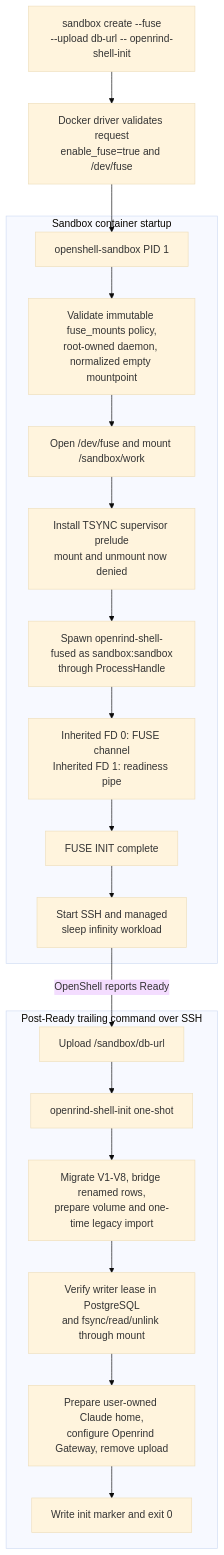
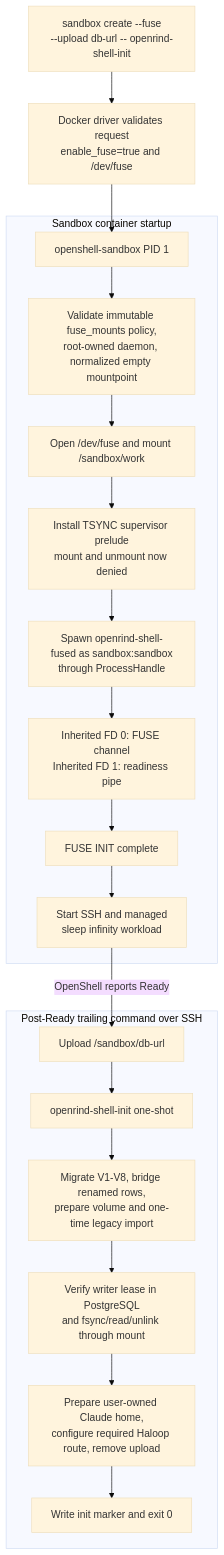
The first of 8 diagrams in ARCHITECTURE.md (Pavitra-programmers/openeral), drawn with Mermaid (base theme) before and after one commit. The commit also changed other lines of this file and 27 other files, not shown here.

````diff
--- a/ARCHITECTURE.md
+++ b/ARCHITECTURE.md
@@ -22,30 +22,30 @@
 ```mermaid
 flowchart TB
   create["sandbox create --fuse<br/>--upload db-url -- openrind-shell-init"]
   gate["Docker driver validates request<br/>enable_fuse=true and /dev/fuse"]
 
   subgraph container["Sandbox container startup"]
     supervisor["openshell-sandbox PID 1"]
     validate["Validate immutable fuse_mounts policy,<br/>root-owned daemon, normalized empty mountpoint"]
     mount["Open /dev/fuse and mount /sandbox/work"]
     prelude["Install TSYNC supervisor prelude<br/>mount and unmount now denied"]
     daemon["Spawn openrind-shell-fused as sandbox:sandbox<br/>through ProcessHandle"]
     fds["Inherited FD 0: FUSE channel<br/>Inherited FD 1: readiness pipe"]
     ready["FUSE INIT complete"]
     services["Start SSH and managed<br/>sleep infinity workload"]
   end
 
   subgraph trailing["Post-Ready trailing command over SSH"]
     upload["Upload /sandbox/db-url"]
     init["openrind-shell-init one-shot"]
     database["Migrate V1-V8, bridge renamed rows,<br/>prepare volume and one-time legacy import"]
     verify["Verify writer lease in PostgreSQL<br/>and fsync/read/unlink through mount"]
-    configure["Prepare user-owned Claude home,<br/>configure Openrind Gateway, remove upload"]
+    configure["Prepare user-owned Claude home,<br/>configure required Haloop route, remove upload"]
     marker["Write init marker and exit 0"]
   end
 
   create --> gate --> supervisor --> validate --> mount --> prelude --> daemon
   daemon --> fds --> ready --> services
   services -->|"OpenShell reports Ready"| upload --> init
   init --> database --> verify --> configure --> marker
 ```
````
